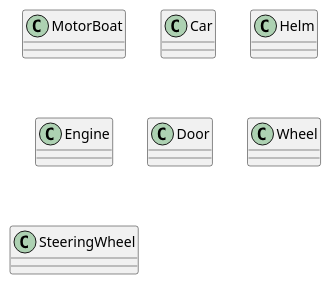
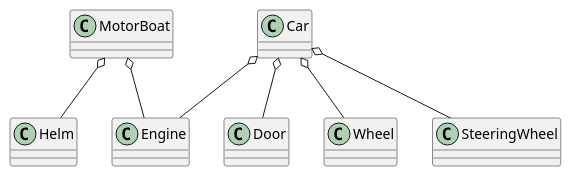
Before and after one commit to 63030042Nanraya/OOP-2564-Week-05: the eighth of 12 diagrams in 63030065/Assigment-Week-05.md, drawn with PlantUML. The commit also changed other lines of this file, not shown here.

````diff
--- a/63030065/Assigment-Week-05.md
+++ b/63030065/Assigment-Week-05.md
@@ -158,13 +161,17 @@
 ``` puml
 @startuml 
 class MotorBoat{}
 class Car{}
 class Helm{}
 class Engine{}
 class Door{}
 class Wheel{}
 class SteeringWheel{}
-' Todo: ทำให้สมบูรณ์
-
+MotorBoat o-- Helm
+MotorBoat o-- Engine
+Car o-- Engine
+Car o-- Door
+Car o-- Wheel
+Car o-- SteeringWheel
 @enduml 
 ```
````
